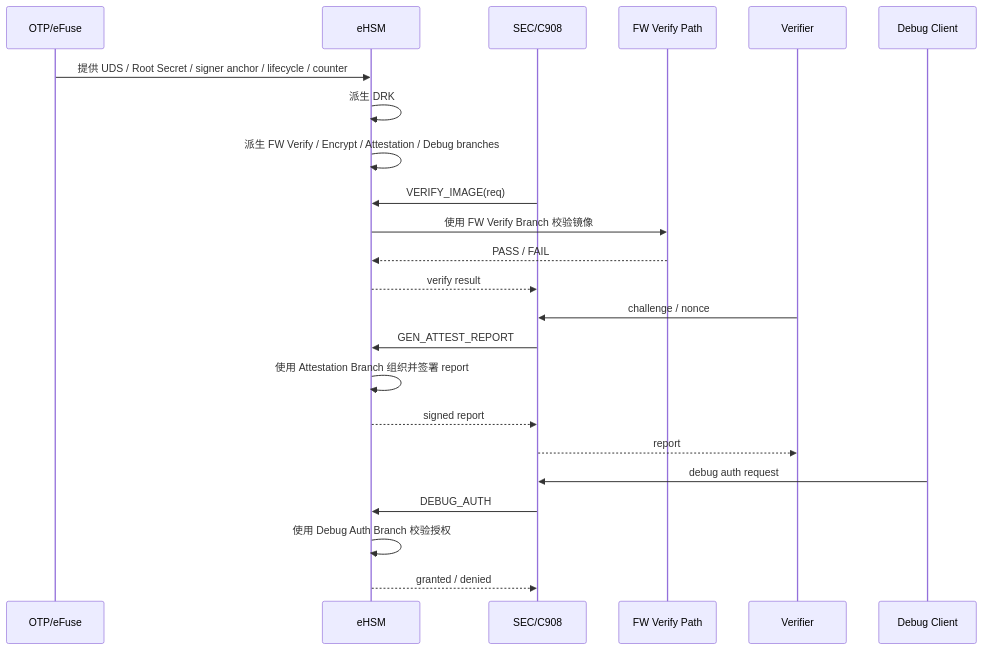
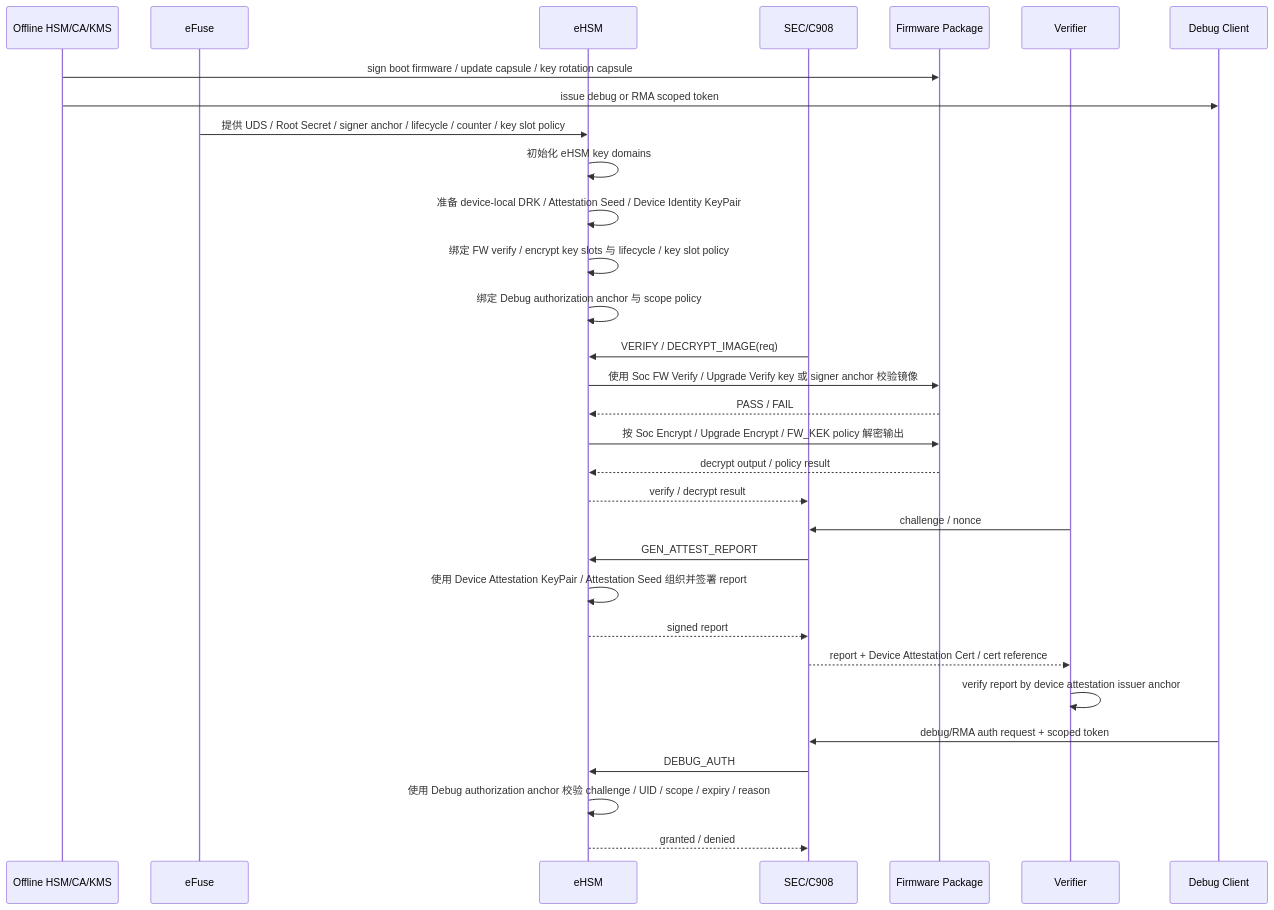
One commit to DBW19931021/security_-scheme changed diagram 21 of 29 in ngu800_security_solution_flow_with_gpt/security_workflow/03_detailed_design/10_full_design.md. Above: the diagram before and after it, drawn with Mermaid. The commit also changed other lines of this file and 28 other files, not shown here.

````diff
--- a/ngu800_security_solution_flow_with_gpt/security_workflow/03_detailed_design/10_full_design.md
+++ b/ngu800_security_solution_flow_with_gpt/security_workflow/03_detailed_design/10_full_design.md
@@ -3111,29 +3378,37 @@
 ```mermaid
 sequenceDiagram
-    participant OTP as OTP/eFuse
+    participant HSM as Offline HSM/CA/KMS
+    participant EF as eFuse
     participant EH as eHSM
     participant SEC as SEC/C908
-    participant FW as FW Verify Path
+    participant FW as Firmware Package
     participant V as Verifier
     participant DBG as Debug Client
 
-    OTP->>EH: 提供 UDS / Root Secret / signer anchor / lifecycle / counter
-    EH->>EH: 派生 DRK
-    EH->>EH: 派生 FW Verify / Encrypt / Attestation / Debug branches
+    HSM->>FW: sign boot firmware / update capsule / key rotation capsule
+    HSM->>DBG: issue debug or RMA scoped token
+    EF->>EH: 提供 UDS / Root Secret / signer anchor / lifecycle / counter / key slot policy
+    EH->>EH: 初始化 eHSM key domains
+    EH->>EH: 准备 device-local DRK / Attestation Seed / Device Identity KeyPair
+    EH->>EH: 绑定 FW verify / encrypt key slots 与 lifecycle / key slot policy
+    EH->>EH: 绑定 Debug authorization anchor 与 scope policy
 
-    SEC->>EH: VERIFY_IMAGE(req)
-    EH->>FW: 使用 FW Verify Branch 校验镜像
+    SEC->>EH: VERIFY / DECRYPT_IMAGE(req)
+    EH->>FW: 使用 Soc FW Verify / Upgrade Verify key 或 signer anchor 校验镜像
     FW-->>EH: PASS / FAIL
-    EH-->>SEC: verify result
+    EH->>FW: 按 Soc Encrypt / Upgrade Encrypt / FW_KEK policy 解密输出
+    FW-->>EH: decrypt output / policy result
+    EH-->>SEC: verify / decrypt result
 
     V->>SEC: challenge / nonce
     SEC->>EH: GEN_ATTEST_REPORT
-    EH->>EH: 使用 Attestation Branch 组织并签署 report
+    EH->>EH: 使用 Device Attestation KeyPair / Attestation Seed 组织并签署 report
     EH-->>SEC: signed report
-    SEC-->>V: report
+    SEC-->>V: report + Device Attestation Cert / cert reference
+    V->>V: verify report by device attestation issuer anchor
 
-    DBG->>SEC: debug auth request
+    DBG->>SEC: debug/RMA auth request + scoped token
     SEC->>EH: DEBUG_AUTH
-    EH->>EH: 使用 Debug Auth Branch 校验授权
+    EH->>EH: 使用 Debug authorization anchor 校验 challenge / UID / scope / expiry / reason
     EH-->>SEC: granted / denied
 ```
````
